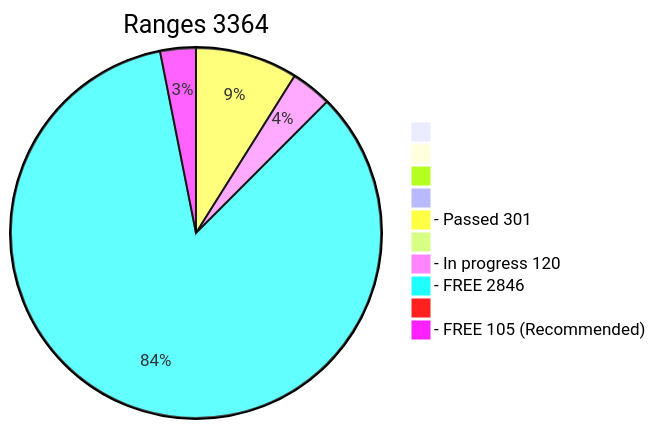
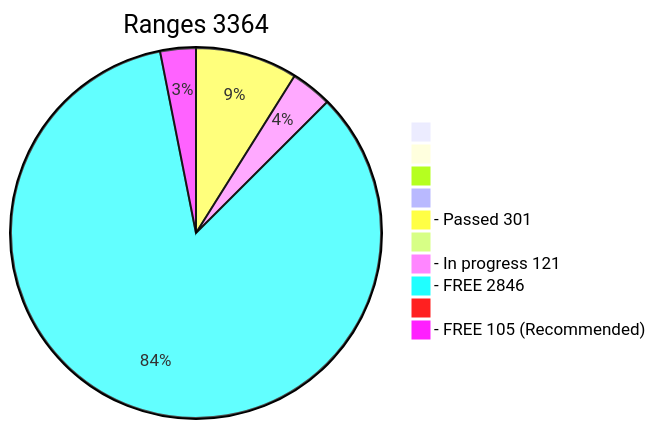
One commit to phrutis/wif500 changed the diagram in x64/Release/table.md. Above: the diagram before and after it, drawn with Mermaid. The commit also changed other lines of this file, not shown here.

````diff
--- a/x64/Release/table.md
+++ b/x64/Release/table.md
@@ -2,13 +2,13 @@
 ```mermaid
 pie title Ranges 3364
   " " : 0
   "  " : 0
   "   " : 0
   "    " : 0
   "- Passed 301" : 301
   "     " : 0
-  "- In progress 120" : 120
+  "- In progress 121" : 121
   "- FREE 2846" : 2846
   "      " : 0
   "- FREE 105 (Recommended)" : 105
 ```
````
